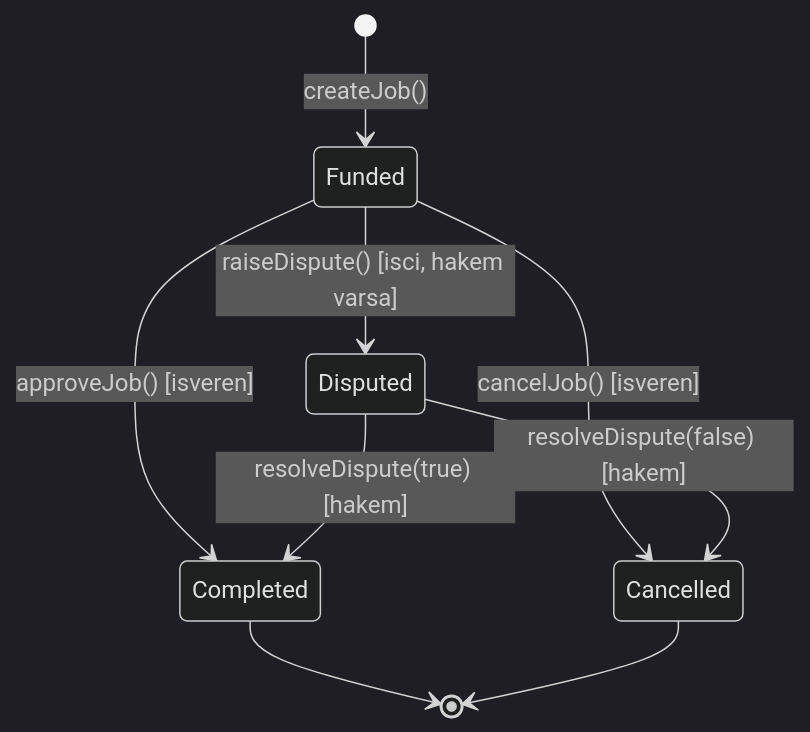
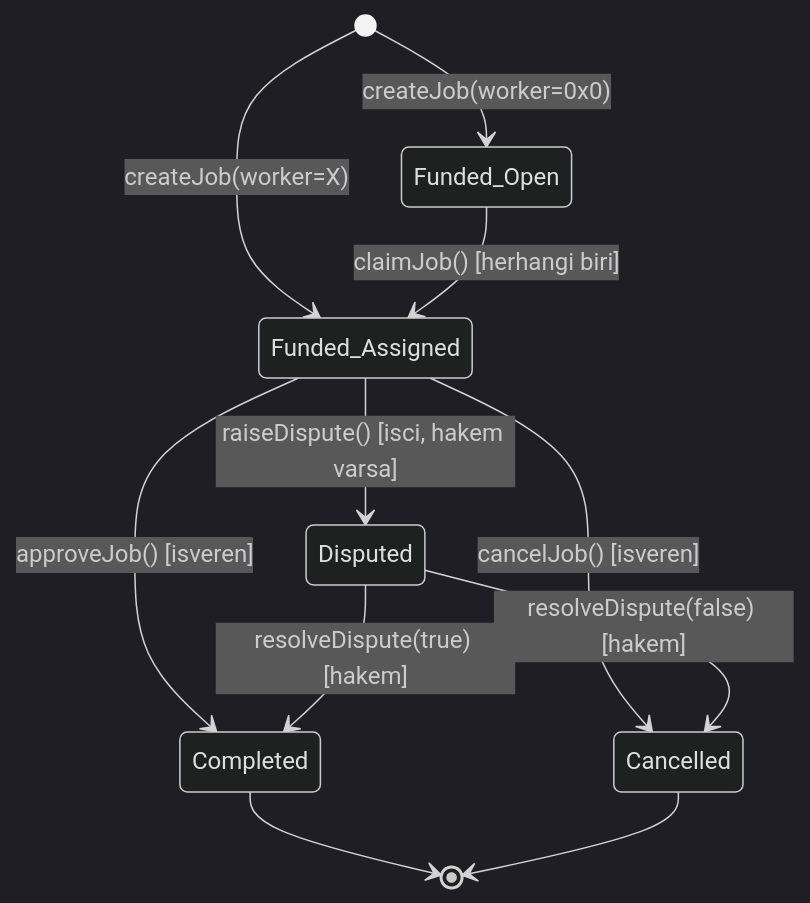
Before and after one commit to negroni334/arc-agent-escrow: the first of 2 diagrams in README.md, drawn with Mermaid (dark theme). The commit also changed other lines of this file and 15 other files, not shown here.

First line of the commit message:
v3: open job marketplace, on-chain reputation, autonomous AI agent SDK

````diff
--- a/README.md
+++ b/README.md
@@ -21,11 +28,13 @@
 ```mermaid
 stateDiagram-v2
-    [*] --> Funded: createJob()
-    Funded --> Completed: approveJob() [isveren]
-    Funded --> Cancelled: cancelJob() [isveren]
-    Funded --> Disputed: raiseDispute() [isci, hakem varsa]
+    [*] --> Funded_Open: createJob(worker=0x0)
+    [*] --> Funded_Assigned: createJob(worker=X)
+    Funded_Open --> Funded_Assigned: claimJob() [herhangi biri]
+    Funded_Assigned --> Completed: approveJob() [isveren]
+    Funded_Assigned --> Cancelled: cancelJob() [isveren]
+    Funded_Assigned --> Disputed: raiseDispute() [isci, hakem varsa]
     Disputed --> Completed: resolveDispute(true) [hakem]
     Disputed --> Cancelled: resolveDispute(false) [hakem]
     Completed --> [*]
     Cancelled --> [*]
 ```
````
